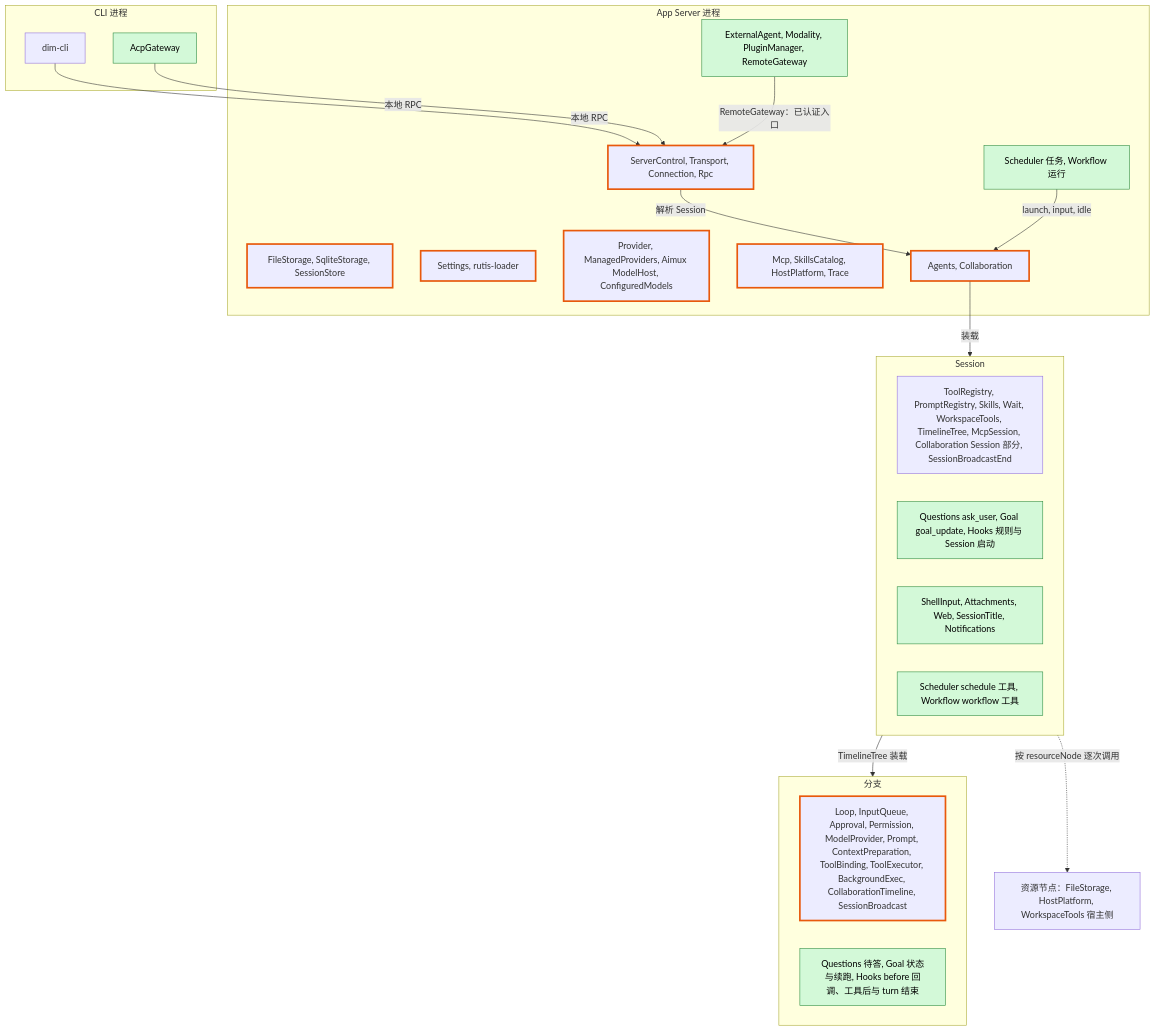
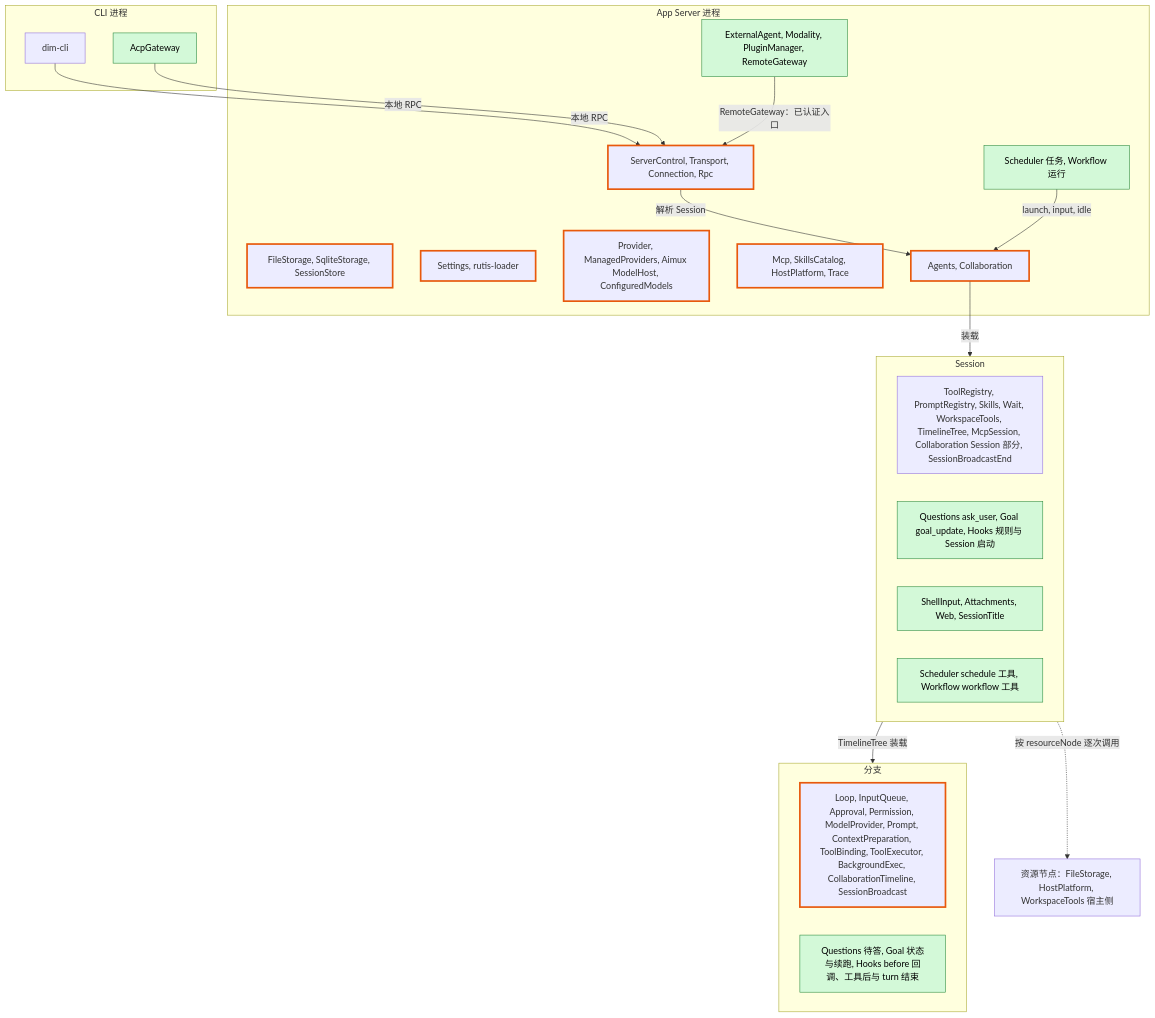
One commit to CoutinhoTTS/dim-agent changed the first of 8 diagrams in docs/zh/design/overview.md. Above: the diagram before and after it, drawn with Mermaid. The commit also changed other lines of this file and 8 other files, not shown here.

````diff
--- a/docs/zh/design/overview.md
+++ b/docs/zh/design/overview.md
@@ -25,40 +25,40 @@
 ```mermaid
 flowchart TB
   classDef new fill:#d3f9d8,stroke:#2b8a3e,color:#000
   classDef changed stroke:#e8590c,stroke-width:3px
 
   subgraph CLIP["CLI 进程"]
     cli["dim-cli"]
     acp["AcpGateway"]:::new
   end
   subgraph PROC["App Server 进程"]
     entry["ServerControl, Transport, Connection, Rpc"]:::changed
     store["FileStorage, SqliteStorage, SessionStore"]:::changed
     cfg["Settings, rutis-loader"]:::changed
     models["Provider, ManagedProviders, Aimux ModelHost, ConfiguredModels"]:::changed
     cat["Mcp, SkillsCatalog, HostPlatform, Trace"]:::changed
     agents["Agents, Collaboration"]:::changed
     pnew["Scheduler 任务, Workflow 运行"]:::new
     pext["ExternalAgent, Modality, PluginManager, RemoteGateway"]:::new
   end
   subgraph SES["Session"]
     sexist["ToolRegistry, PromptRegistry, Skills, Wait, WorkspaceTools, TimelineTree, McpSession, Collaboration Session 部分, SessionBroadcastEnd"]
     snew1["Questions ask_user, Goal goal_update, Hooks 规则与 Session 启动"]:::new
-    snew2["ShellInput, Attachments, Web, SessionTitle, Notifications"]:::new
+    snew2["ShellInput, Attachments, Web, SessionTitle"]:::new
     snew3["Scheduler schedule 工具, Workflow workflow 工具"]:::new
   end
   subgraph BR["分支"]
     bexist["Loop, InputQueue, Approval, Permission, ModelProvider, Prompt, ContextPreparation, ToolBinding, ToolExecutor, BackgroundExec, CollaborationTimeline, SessionBroadcast"]:::changed
     bnew["Questions 待答, Goal 状态与续跑, Hooks before 回调、工具后与 turn 结束"]:::new
   end
   rn["资源节点：FileStorage, HostPlatform, WorkspaceTools 宿主侧"]
 
   cli -->|"本地 RPC"| entry
   acp -->|"本地 RPC"| entry
   pext -->|"RemoteGateway：已认证入口"| entry
   entry -->|"解析 Session"| agents
   agents -->|"装载"| SES
   SES -->|"TimelineTree 装载"| BR
   pnew -->|"launch, input, idle"| agents
   SES -.->|"按 resourceNode 逐次调用"| rn
 ```
````
